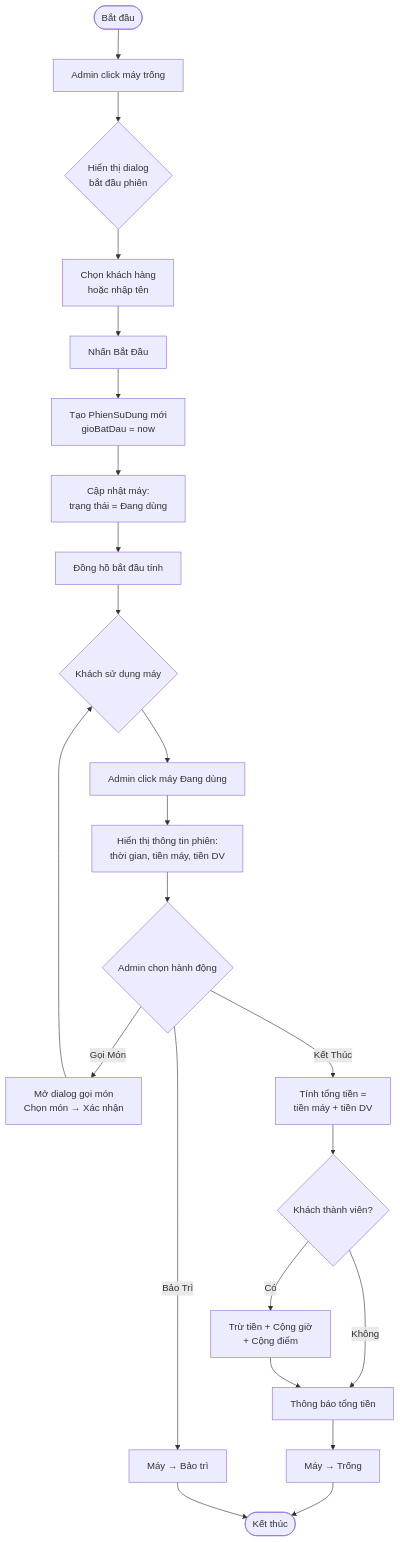
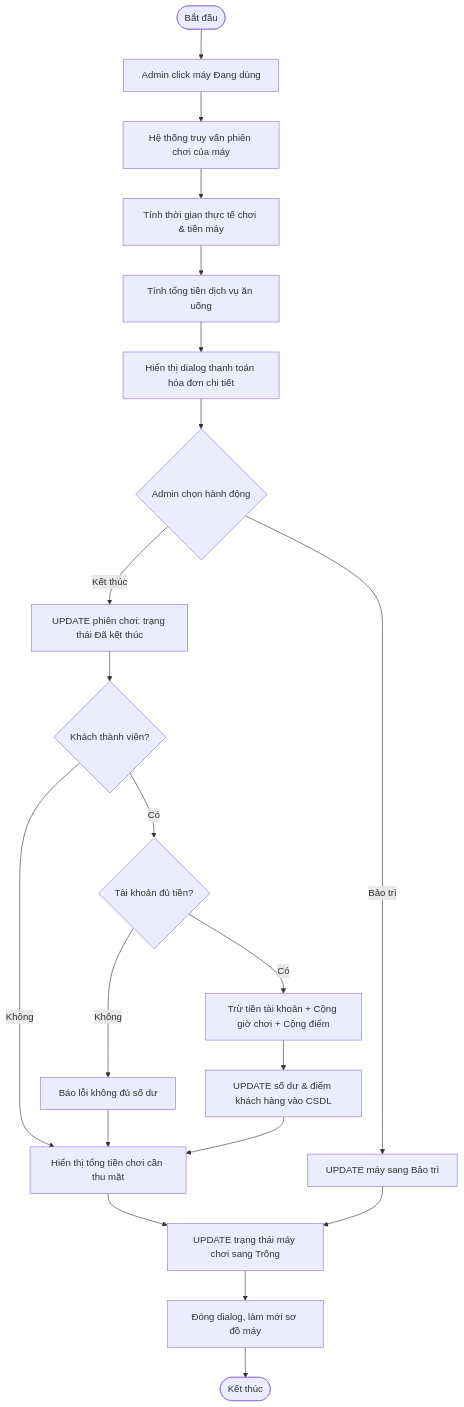
The seventh of 20 diagrams in BaoCao_DoAn.md (phhuyen1109/BTL), drawn with Mermaid before and after one commit. The commit also changed other lines of this file and 1 other file, not shown here.

Commit message:
Ve chi tiet so do use case tung phan he va chi tiet cac luong activity/sequence

````diff
--- a/BaoCao_DoAn.md
+++ b/BaoCao_DoAn.md
@@ -837,25 +875,27 @@
 ```mermaid
 flowchart TD
-    A([Bắt đầu]) --> B[Admin click máy trống]
-    B --> C{Hiển thị dialog\nbắt đầu phiên}
-    C --> D[Chọn khách hàng\nhoặc nhập tên]
-    D --> E[Nhấn Bắt Đầu]
-    E --> F[Tạo PhienSuDung mới\ngioBatDau = now]
-    F --> G[Cập nhật máy:\ntrạng thái = Đang dùng]
-    G --> H[Đồng hồ bắt đầu tính]
-    H --> I{Khách sử dụng máy}
-    I --> J[Admin click máy Đang dùng]
-    J --> K[Hiển thị thông tin phiên:\nthời gian, tiền máy, tiền DV]
-    K --> L{Admin chọn hành động}
-    L -->|Gọi Món| M[Mở dialog gọi món\nChọn món → Xác nhận]
-    M --> I
-    L -->|Kết Thúc| N[Tính tổng tiền =\ntiền máy + tiền DV]
-    N --> O{Khách thành viên?}
-    O -->|Có| P[Trừ tiền + Cộng giờ\n+ Cộng điểm]
-    O -->|Không| Q[Thông báo tổng tiền]
-    P --> Q
-    Q --> R[Máy → Trống]
-    R --> S([Kết thúc])
-    L -->|Bảo Trì| T[Máy → Bảo trì]
-    T --> S
+    Start([Bắt đầu]) --> ClickActive[Admin click máy Đang dùng]
+    ClickActive --> LoadSession[Hệ thống truy vấn phiên chơi của máy]
+    LoadSession --> CalcTime[Tính thời gian thực tế chơi & tiền máy]
+    CalcTime --> CalcService[Tính tổng tiền dịch vụ ăn uống]
+    CalcService --> ShowBill[Hiển thị dialog thanh toán hóa đơn chi tiết]
+    ShowBill --> SelectAction{Admin chọn hành động}
+    SelectAction -->|Bảo trì| UpdateBaoTri[UPDATE máy sang Bảo trì]
+    SelectAction -->|Kết thúc| DbUpdateSession[UPDATE phiên chơi: trạng thái Đã kết thúc]
+    
+    DbUpdateSession --> CheckKH{Khách thành viên?}
+    CheckKH -->|Không| ShowFinal[Hiển thị tổng tiền chơi cần thu mặt]
+    CheckKH -->|Có| CheckBalance{Tài khoản đủ tiền?}
+    
+    CheckBalance -->|Không| AlertBalance[Báo lỗi không đủ số dư]
+    AlertBalance --> ShowFinal
+    
+    CheckBalance -->|Có| DeductBalance[Trừ tiền tài khoản + Cộng giờ chơi + Cộng điểm]
+    DeductBalance --> DbUpdateKH[UPDATE số dư & điểm khách hàng vào CSDL]
+    DbUpdateKH --> ShowFinal
+    
+    ShowFinal --> DbUpdatePC[UPDATE trạng thái máy chơi sang Trống]
+    UpdateBaoTri --> DbUpdatePC
+    DbUpdatePC --> RefreshUI[Đóng dialog, làm mới sơ đồ máy]
+    RefreshUI --> Stop([Kết thúc])
 ```
````
